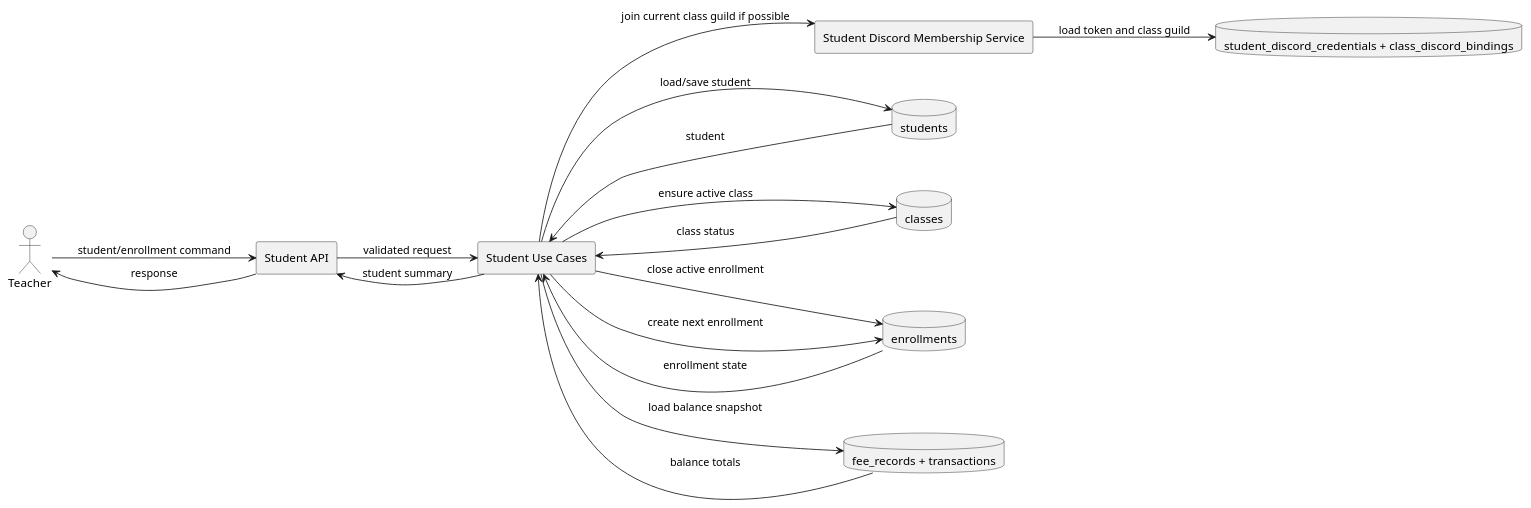
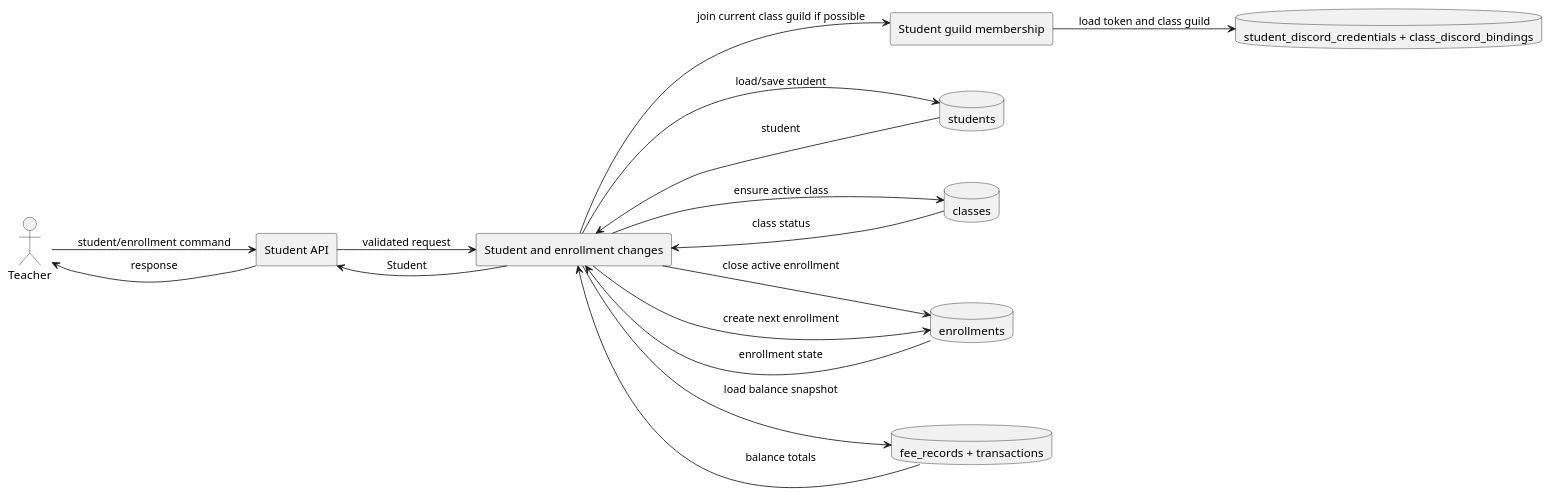
Before and after one commit to owlx206/tms-monorepo: the diagram in uml/dfd/student-enrollment-transfer.puml, drawn with PlantUML. The commit also changed 234 other files, not shown here.

```diff
--- a/uml/dfd/student-enrollment-transfer.puml
+++ b/uml/dfd/student-enrollment-transfer.puml
@@ -1,27 +1,27 @@
 @startuml
 left to right direction
 actor "Teacher" as T
 rectangle "Student API" as P1
-rectangle "Student Use Cases" as P2
-rectangle "Student Discord Membership Service" as P3
+rectangle "Student and enrollment changes" as P2
+rectangle "Student guild membership" as P3
 database "students" as D1
 database "classes" as D2
 database "enrollments" as D3
 database "fee_records + transactions" as D4
 database "student_discord_credentials + class_discord_bindings" as D5
 T --> P1 : student/enrollment command
 P1 --> P2 : validated request
 P2 --> D1 : load/save student
 P2 --> D2 : ensure active class
 P2 --> D3 : close active enrollment
 P2 --> D3 : create next enrollment
 P2 --> P3 : join current class guild if possible
 P3 --> D5 : load token and class guild
 P2 --> D4 : load balance snapshot
 D1 --> P2 : student
 D2 --> P2 : class status
 D3 --> P2 : enrollment state
 D4 --> P2 : balance totals
-P2 --> P1 : student summary
+P2 --> P1 : Student
 P1 --> T : response
 @enduml
```
